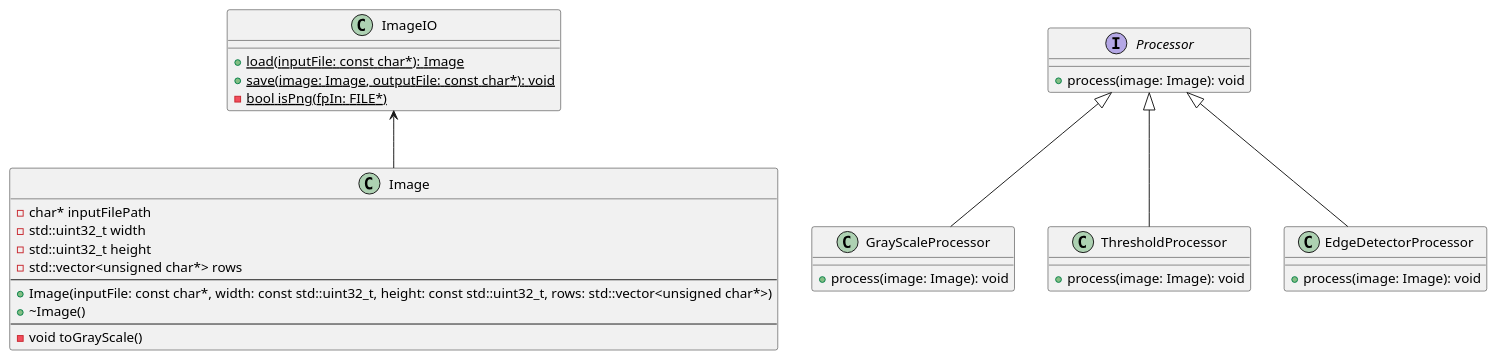
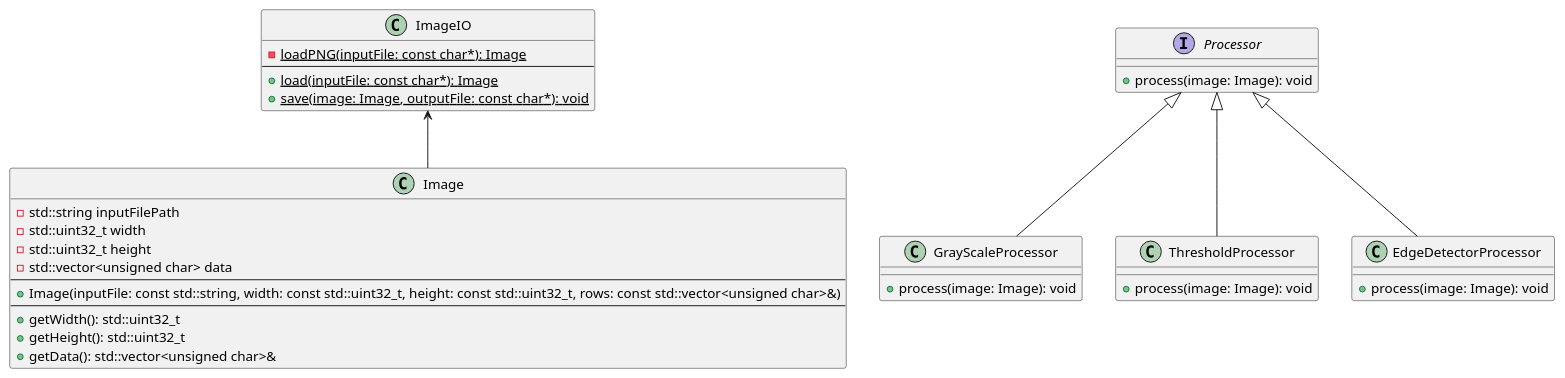
The diagram in docs/diagram/class.puml (picardthibault/edge-detector), drawn with PlantUML before and after one commit.

Commit message:
chore: improve UML diagram

```diff
--- a/docs/diagram/class.puml
+++ b/docs/diagram/class.puml
@@ -1,40 +1,42 @@
 @startuml UMLClassDiagram
 class Image {
-    -char* inputFilePath
+    -std::string inputFilePath
     -std::uint32_t width
     -std::uint32_t height
-    -std::vector<unsigned char*> rows
+    -std::vector<unsigned char> data
     --
-    +Image(inputFile: const char*, width: const std::uint32_t, height: const std::uint32_t, rows: std::vector<unsigned char*>)
-    +\~Image()
+    +Image(inputFile: const std::string, width: const std::uint32_t, height: const std::uint32_t, rows: const std::vector<unsigned char>&)
     --
-    -void toGrayScale()
+    +getWidth(): std::uint32_t 
+    +getHeight(): std::uint32_t
+    +getData(): std::vector<unsigned char>&
 }
 
 class ImageIO {
+    {static} -loadPNG(inputFile: const char*): Image
+    --
     {static} +load(inputFile: const char*): Image
     {static} +save(image: Image, outputFile: const char*): void
-    {static} -bool isPng(fpIn: FILE*)
 }
 
 interface Processor {
     + process(image: Image): void
 }
 
 class GrayScaleProcessor {
     + process(image: Image): void
 }
 
 class ThresholdProcessor {
     + process(image: Image): void
 }
 
 class EdgeDetectorProcessor {
     + process(image: Image): void
 }
 
 Processor <|-- ThresholdProcessor
 Processor <|-- EdgeDetectorProcessor
 Processor <|-- GrayScaleProcessor
 ImageIO <-- Image
 @enduml
```
